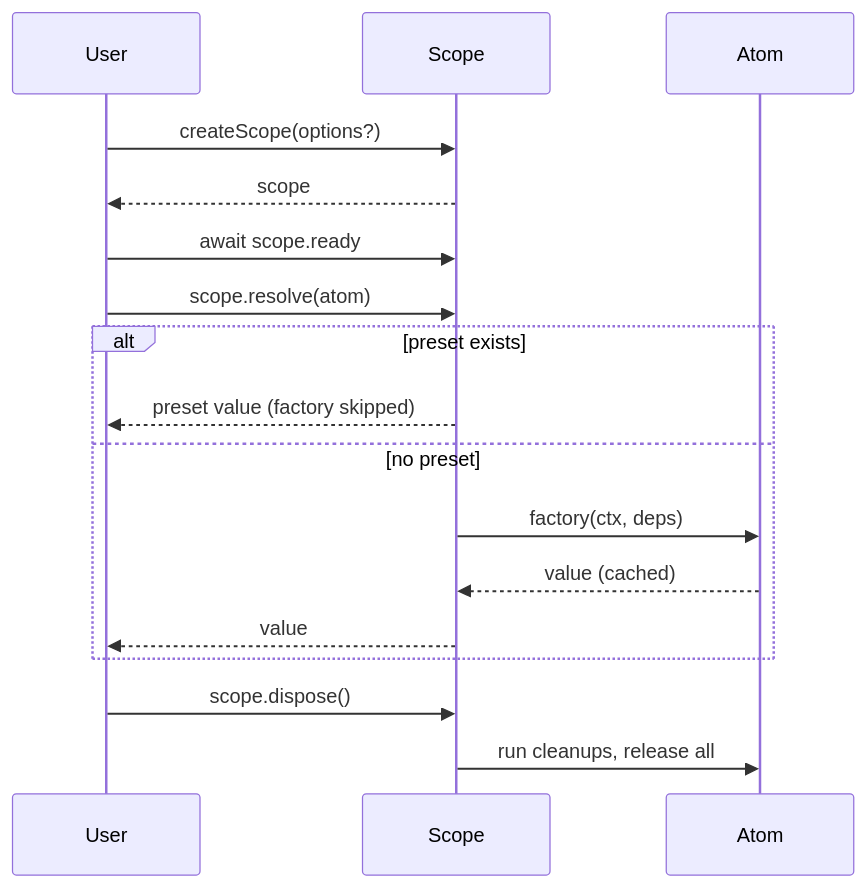
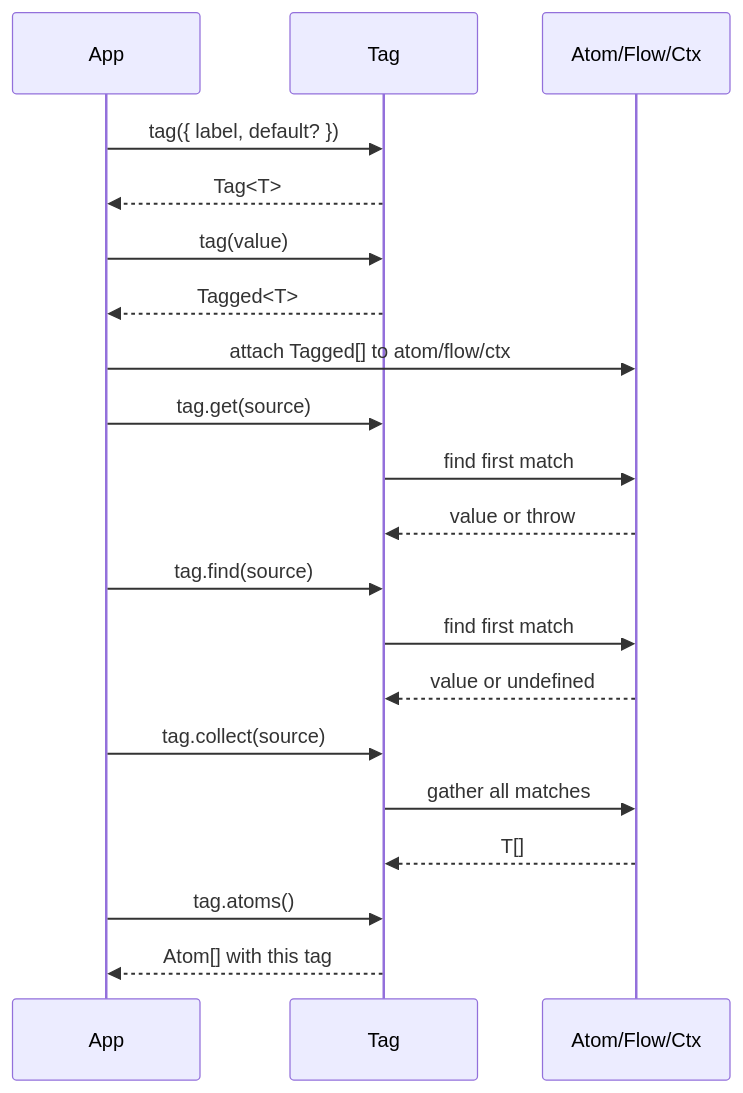
Before and after one commit to pumped-fn/pumped-fn: the fifth of 8 diagrams in packages/lite/README.md, drawn with Mermaid. The commit also changed other lines of this file and 4 other files, not shown here.

First line of the commit message:
docs(lite): replace text glossary with mermaid diagrams

````diff
--- a/packages/lite/README.md
+++ b/packages/lite/README.md
@@ -16,22 +124,29 @@
 ```mermaid
 sequenceDiagram
-    participant User
-    participant Scope
-    participant Atom
+    participant App
+    participant Tag
+    participant Source as Atom/Flow/Ctx
 
-    User->>Scope: createScope(options?)
-    Scope-->>User: scope
-    User->>Scope: await scope.ready
+    App->>Tag: tag({ label, default? })
+    Tag-->>App: Tag<T>
 
-    User->>Scope: scope.resolve(atom)
-    alt preset exists
-        Scope-->>User: preset value (factory skipped)
-    else no preset
-        Scope->>Atom: factory(ctx, deps)
-        Atom-->>Scope: value (cached)
-        Scope-->>User: value
-    end
+    App->>Tag: tag(value)
+    Tag-->>App: Tagged<T>
 
-    User->>Scope: scope.dispose()
-    Scope->>Atom: run cleanups, release all
+    App->>Source: attach Tagged[] to atom/flow/ctx
+
+    App->>Tag: tag.get(source)
+    Tag->>Source: find first match
+    Source-->>Tag: value or throw
+
+    App->>Tag: tag.find(source)
+    Tag->>Source: find first match
+    Source-->>Tag: value or undefined
+
+    App->>Tag: tag.collect(source)
+    Tag->>Source: gather all matches
+    Source-->>Tag: T[]
+
+    App->>Tag: tag.atoms()
+    Tag-->>App: Atom[] with this tag
 ```
````
